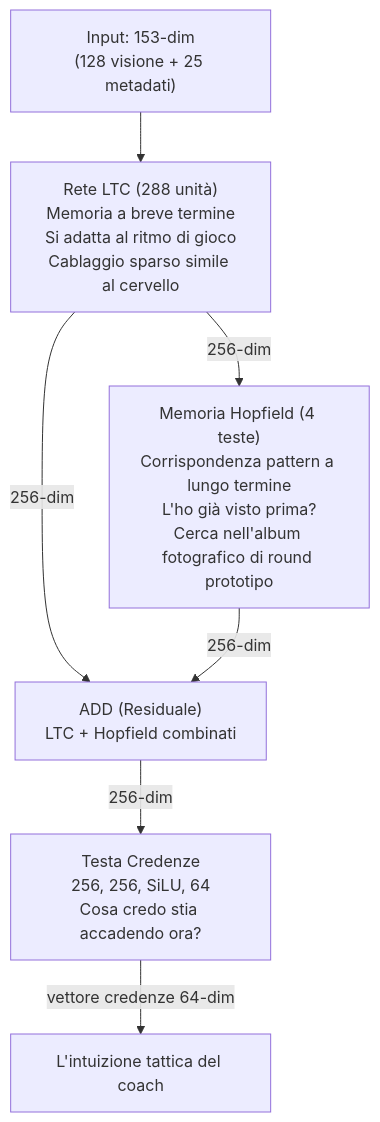
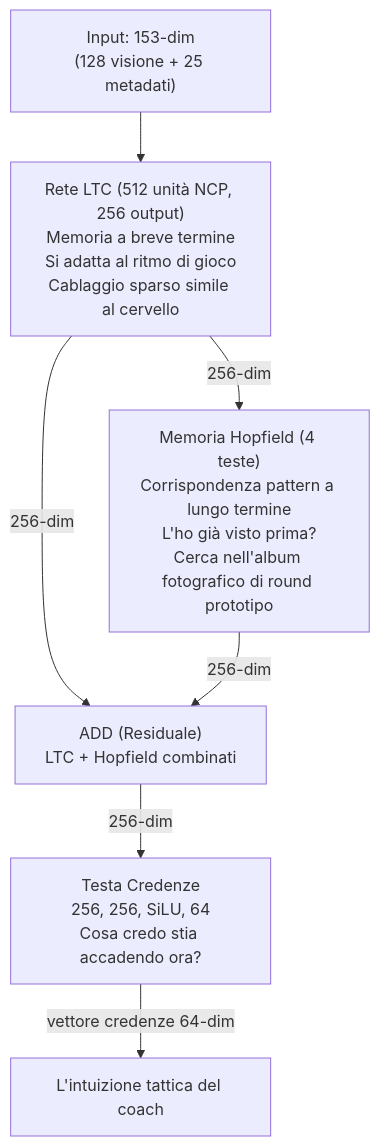
One commit to renanaugustomacena-ux/Counter-Strike-coach-AI changed the fourth of 17 diagrams in docs/Book-Coach-1B.md. Above: the diagram before and after it, drawn with Mermaid. The commit also changed other lines of this file and 1 other file, not shown here.

First line of the commit message:
Update Book-Coach-1A and 1B with accurate architecture details

````diff
--- a/docs/Book-Coach-1B.md
+++ b/docs/Book-Coach-1B.md
@@ -173,10 +199,10 @@
 ```mermaid
 flowchart TB
     IN["Input: 153-dim<br/>(128 visione + 25 metadati)"]
-    IN --> LTC["Rete LTC (288 unità)<br/>Memoria a breve termine<br/>Si adatta al ritmo di gioco<br/>Cablaggio sparso simile al cervello"]
+    IN --> LTC["Rete LTC (512 unità NCP, 256 output)<br/>Memoria a breve termine<br/>Si adatta al ritmo di gioco<br/>Cablaggio sparso simile al cervello"]
     LTC -->|"256-dim"| HOP["Memoria Hopfield (4 teste)<br/>Corrispondenza pattern a lungo termine<br/>L'ho già visto prima?<br/>Cerca nell'album fotografico di round prototipo"]
     LTC -->|"256-dim"| ADD["ADD (Residuale)<br/>LTC + Hopfield combinati"]
     HOP -->|"256-dim"| ADD
     ADD -->|"256-dim"| BH["Testa Credenze<br/>256, 256, SiLU, 64<br/>Cosa credo stia accadendo ora?"]
     BH -->|"vettore credenze 64-dim"| OUT["L'intuizione tattica del coach"]
 ```
````
